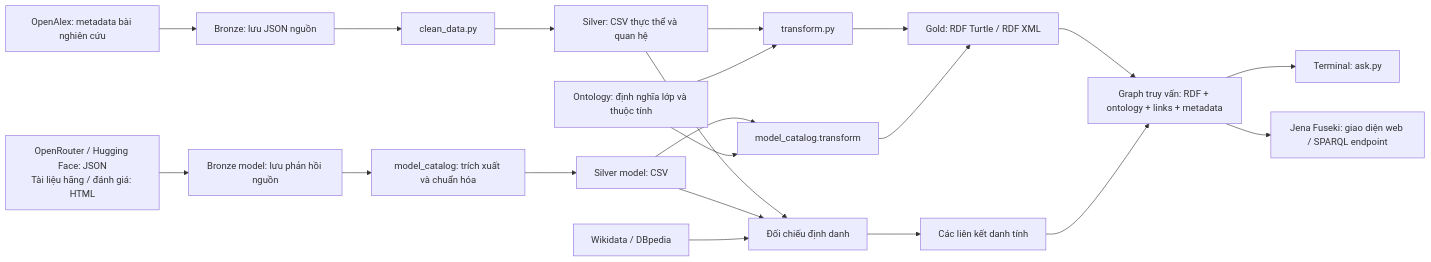
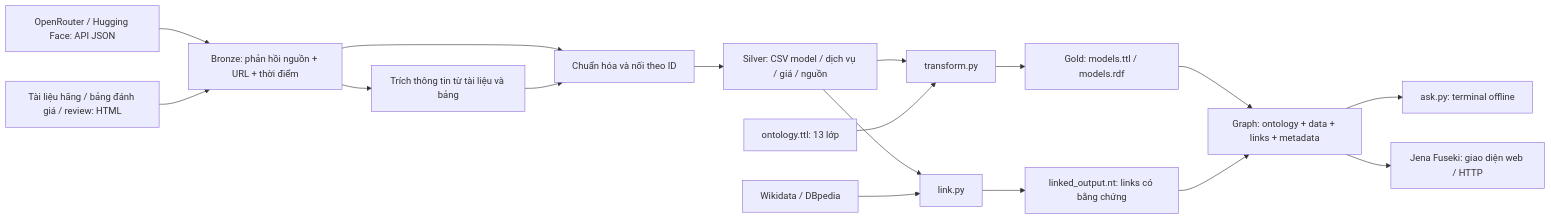
The diagram in README.md (BroDSMaster/semantic-web-ai-models), drawn with Mermaid before and after one commit. The commit also changed other lines of this file and 1352 other files, not shown here.

Commit message:
separate api model

````diff
--- a/README.md
+++ b/README.md
@@ -24,20 +13,16 @@
 ```mermaid
 flowchart LR
-  OA["OpenAlex: metadata bài nghiên cứu"] --> B["Bronze: lưu JSON nguồn"]
-  API["OpenRouter / Hugging Face: JSON<br/>Tài liệu hãng / đánh giá: HTML"] --> BM["Bronze model: lưu phản hồi nguồn"]
-  B --> C["clean_data.py"] --> S["Silver: CSV thực thể và quan hệ"]
-  BM --> N["model_catalog: trích xuất và chuẩn hóa"] --> SM["Silver model: CSV"]
-  S --> T["transform.py"]
-  SM --> TM["model_catalog.transform"]
-  O["Ontology: định nghĩa lớp và thuộc tính"] --> T
-  O --> TM
-  T --> G["Gold: RDF Turtle / RDF XML"]
-  TM --> G
-  S --> L["Đối chiếu định danh"]
-  SM --> L
-  WD["Wikidata / DBpedia"] --> L --> E["Các liên kết danh tính"]
-  G --> Q["Graph truy vấn: RDF + ontology + links + metadata"]
-  E --> Q
-  Q --> CLI["Terminal: ask.py"]
-  Q --> F["Jena Fuseki: giao diện web / SPARQL endpoint"]
+  API["OpenRouter / Hugging Face: API JSON"] --> B["Bronze: phản hồi nguồn + URL + thời điểm"]
+  WEB["Tài liệu hãng / bảng đánh giá / review: HTML"] --> B
+  B --> E["Trích thông tin từ tài liệu và bảng"]
+  B --> N["Chuẩn hóa và nối theo ID"]
+  E --> N --> S["Silver: CSV model / dịch vụ / giá / nguồn"]
+  S --> T["transform.py"] --> G["Gold: models.ttl / models.rdf"]
+  O["ontology.ttl: 13 lớp"] --> T
+  S --> L["link.py"]
+  WD["Wikidata / DBpedia"] --> L --> LINKS["linked_output.nt: links có bằng chứng"]
+  G --> Q["Graph: ontology + data + links + metadata"]
+  LINKS --> Q
+  Q --> CLI["ask.py: terminal offline"]
+  Q --> F["Jena Fuseki: giao diện web / HTTP"]
 ```
````
